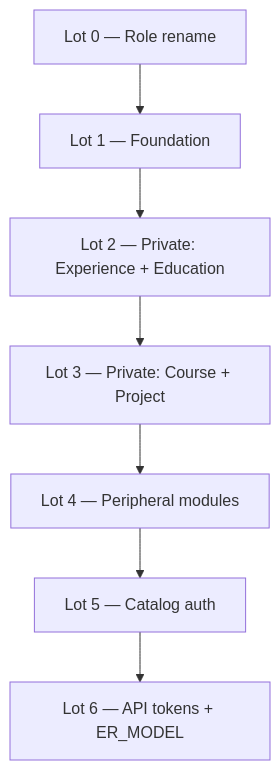
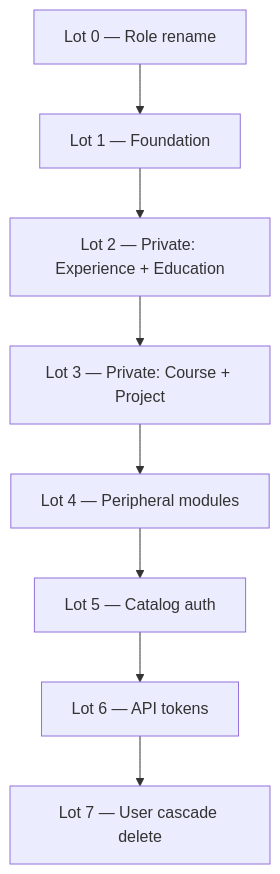
The diagram in apps/api/docs/adr/001-multi-tenant-migration.md (YaGRRusso/profile-info), drawn with Mermaid before and after one commit. The commit also changed other lines of this file and 50 other files, not shown here.

````diff
--- a/apps/api/docs/adr/001-multi-tenant-migration.md
+++ b/apps/api/docs/adr/001-multi-tenant-migration.md
@@ -301,12 +343,13 @@
 ```mermaid
 flowchart TD
     L0[Lot 0 — Role rename]
     L1[Lot 1 — Foundation]
     L2[Lot 2 — Private: Experience + Education]
     L3[Lot 3 — Private: Course + Project]
     L4[Lot 4 — Peripheral modules]
     L5[Lot 5 — Catalog auth]
-    L6[Lot 6 — API tokens + ER_MODEL]
+    L6[Lot 6 — API tokens]
+    L7[Lot 7 — User cascade delete]
 
-    L0 --> L1 --> L2 --> L3 --> L4 --> L5 --> L6
+    L0 --> L1 --> L2 --> L3 --> L4 --> L5 --> L6 --> L7
 ```
````
